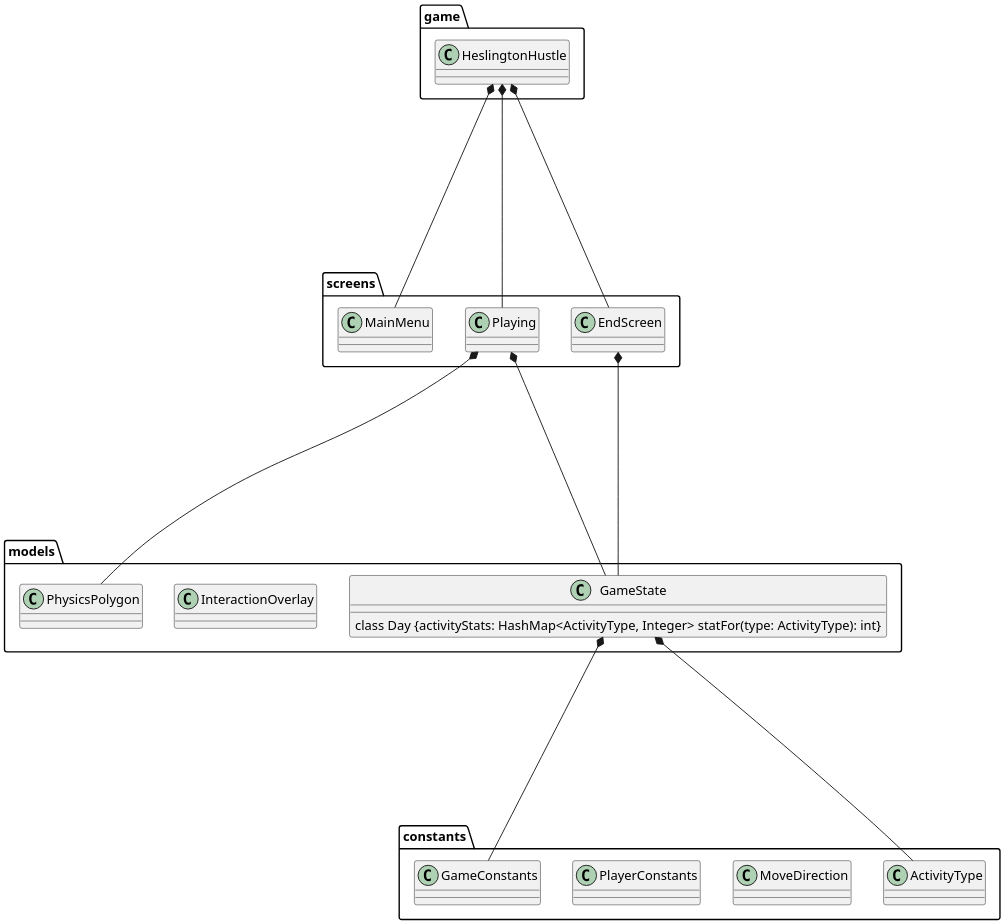
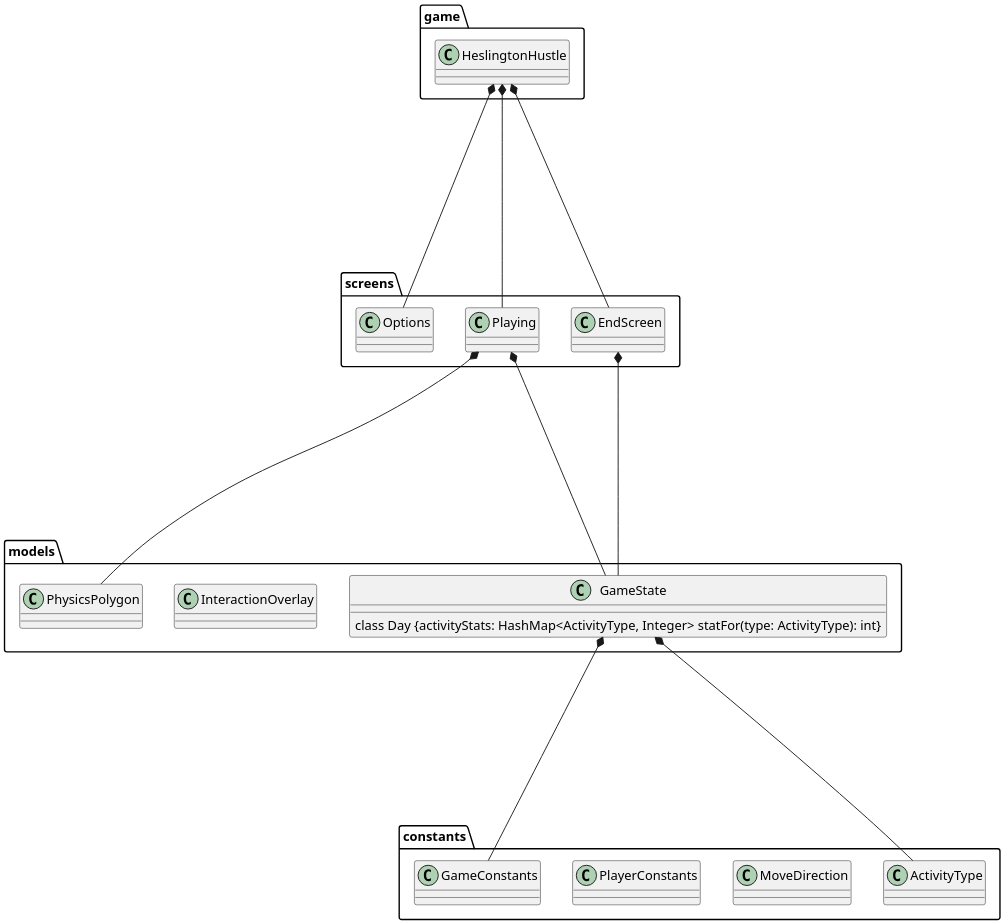
The diagram in architecture/class diagram4.puml (ENG1-Group-9-2024/Heslington-Hustle-2), drawn with PlantUML before and after one commit. The commit also changed 15 other files, not shown here.

```diff
--- a/architecture/class diagram4.puml
+++ b/architecture/class diagram4.puml
@@ -7,12 +7,12 @@
 
 
 package screens{
-    class MainMenu {
+    class Options {
         '- game: HeslingtonHustle
         '- camera: Camera
         '- stage: Stage
         '- root: Table
-        '+ MainMenu(game: HeslingtonHustle)
+        '+ Options(game: HeslingtonHustle)
         '+ render(v: float): void
         '+ show(): void
         '+ resize(width: int, height: int): void
@@ -245,14 +245,14 @@
 '        '+ update(deltaTime: float): void
 '    }
 '
-'    class PlayerInputSystem {
+'    class PlayerMovementSystem {
 '        '- gameState: GameState
 '        '- playerEntity: Entity
 '        '- velocity: Vector2
 '        '- pm: ComponentMapper<PlayerComponent>
 '        '- fm: ComponentMapper<FixtureComponent>
 '        '- am: ComponentMapper<AnimationComponent>
-'        '+ PlayerInputSystem(gameState: GameState)
+'        '+ PlayerMovementSystem(gameState: GameState)
 '        '+ addedToEngine(engine: Engine): void
 '        '+ update(deltaTime: float): void
 '    }
@@ -309,7 +309,7 @@
 
 HeslingtonHustle *----- EndScreen
 HeslingtonHustle *----- Playing
-HeslingtonHustle *- MainMenu
+HeslingtonHustle *- Options
 
 'AnimationSystem *----- AnimationComponent
 'AnimationSystem *----- FixtureComponent
@@ -320,6 +320,7 @@
 'DebugSystem *----- AnimationComponent
 'DebugSystem *----- FixtureComponent
 'DebugSystem *----- HitboxComponent
+
 'DebugSystem *----- InteractionComponent
 'DebugSystem *----- PlayerComponent
 'DebugSystem *----- PlayerConstants
@@ -328,11 +329,11 @@
 
 
 
-'PlayerInputSystem *-----AnimationComponent
-'PlayerInputSystem *-----FixtureComponent
-'PlayerInputSystem *-----PlayerComponent
-'PlayerInputSystem *-----MoveDirection
-'PlayerInputSystem *-----PlayerConstants
+'PlayerMovementSystem *-----AnimationComponent
+'PlayerMovementSystem *-----FixtureComponent
+'PlayerMovementSystem *-----PlayerComponent
+'PlayerMovementSystem *-----MoveDirection
+'PlayerMovementSystem *-----PlayerConstants
 '
 'PlayerInteractionSystem *-----FixtureComponent
 'PlayerInteractionSystem *-----HitboxComponent
@@ -379,7 +380,7 @@
 'Playing *----- DebugSystem
 'Playing *----- InteractionOverlayRenderingSystem
 'Playing *----- MapRenderingSystem
-'Playing *----- PlayerInputSystem
+'Playing *----- PlayerMovementSystem
 'Playing *----- PlayerInteractionSystem
 'Playing *----- StaticRenderingSystem
 'Playing *----- TooltipRenderingSystem
```
